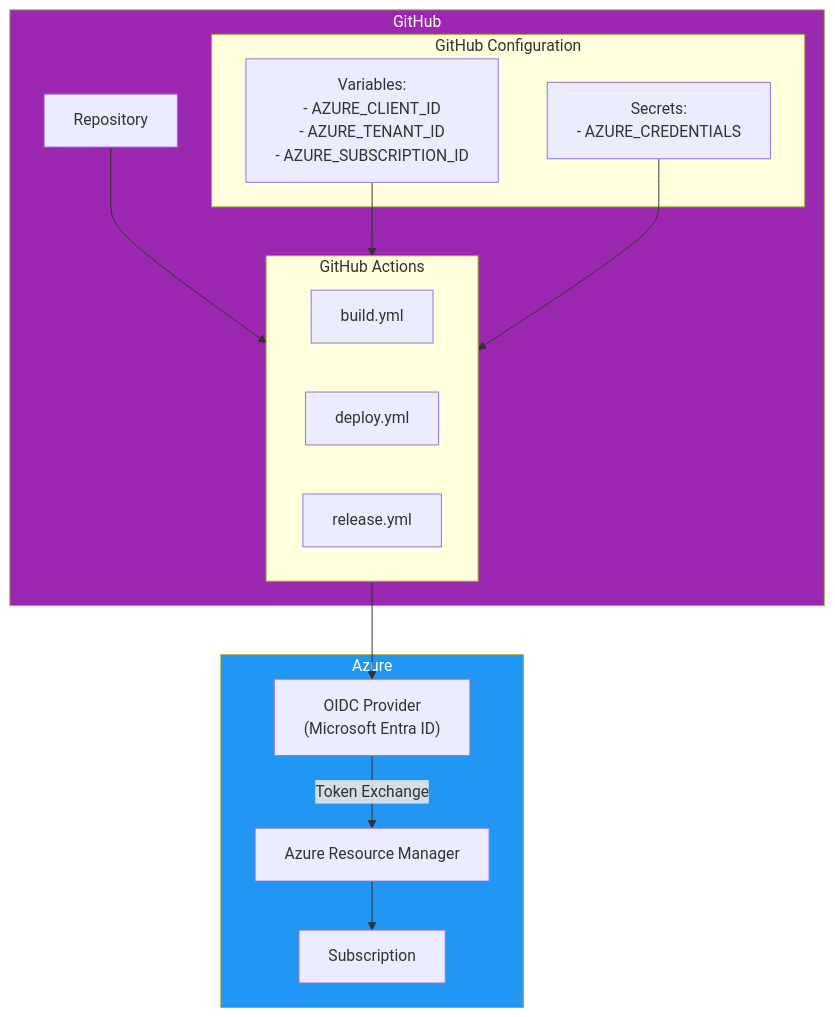
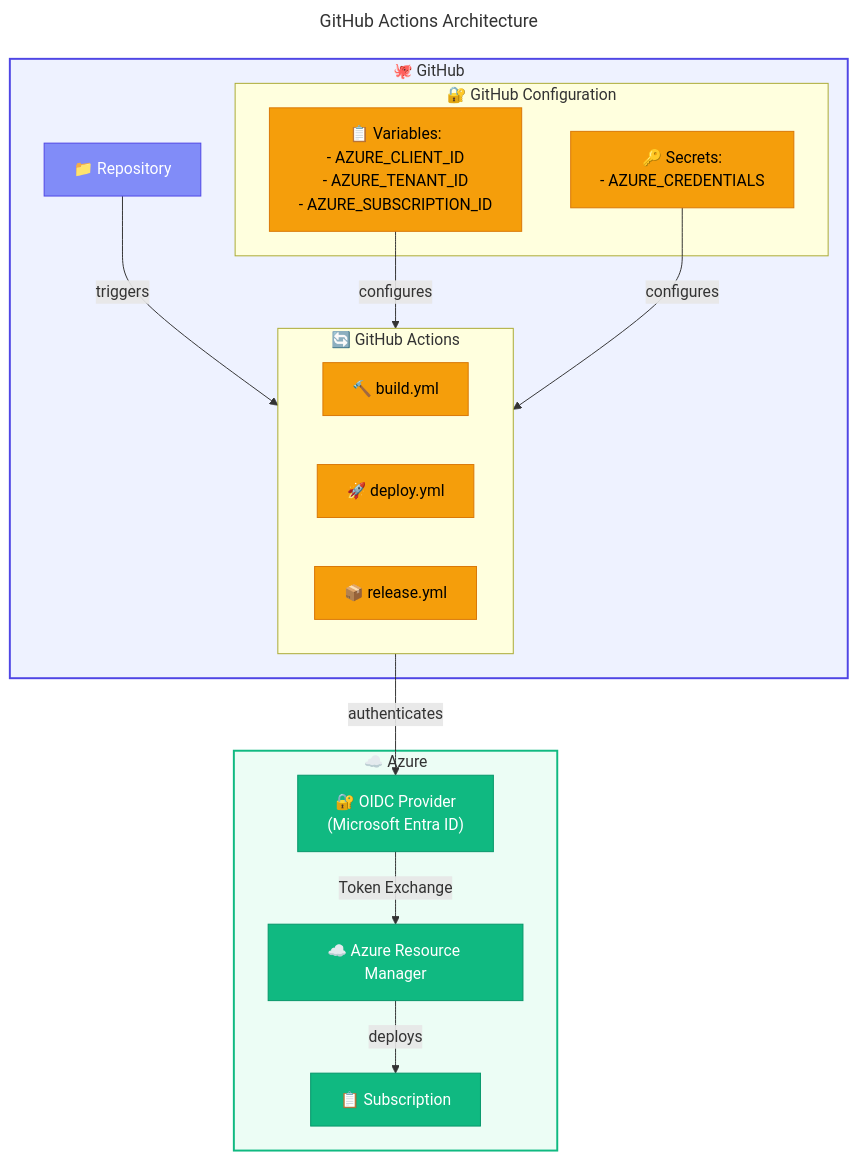
Before and after one commit to Evilazaro/DevExp-DevBox: the seventh of 9 diagrams in docs/architecture/04-technology-architecture.md, drawn with Mermaid. The commit also changed other lines of this file, not shown here.

Commit message:
Enhance documentation for GitHub Actions and Log Analytics architecture by adding emojis, improving diagram styles, and refining connections for better clarity and navigation.

````diff
--- a/docs/architecture/04-technology-architecture.md
+++ b/docs/architecture/04-technology-architecture.md
@@ -590,34 +590,53 @@
 ```mermaid
+---
+title: GitHub Actions Architecture
+---
 flowchart TB
-    subgraph GitHub["GitHub"]
-        REPO["Repository"]
+    %% ===== GITHUB =====
+    subgraph GitHub["🐙 GitHub"]
+        REPO["📁 Repository"]
         
-        subgraph Actions["GitHub Actions"]
-            WF_BUILD["build.yml"]
-            WF_DEPLOY["deploy.yml"]
-            WF_RELEASE["release.yml"]
+        %% ===== ACTIONS =====
+        subgraph Actions["🔄 GitHub Actions"]
+            WF_BUILD["🔨 build.yml"]
+            WF_DEPLOY["🚀 deploy.yml"]
+            WF_RELEASE["📦 release.yml"]
         end
         
-        subgraph Secrets["GitHub Configuration"]
-            VARS["Variables:\n- AZURE_CLIENT_ID\n- AZURE_TENANT_ID\n- AZURE_SUBSCRIPTION_ID"]
-            SECS["Secrets:\n- AZURE_CREDENTIALS"]
+        %% ===== SECRETS =====
+        subgraph Secrets["🔐 GitHub Configuration"]
+            VARS["📋 Variables:<br/>- AZURE_CLIENT_ID<br/>- AZURE_TENANT_ID<br/>- AZURE_SUBSCRIPTION_ID"]
+            SECS["🔑 Secrets:<br/>- AZURE_CREDENTIALS"]
         end
     end
     
-    subgraph Azure["Azure"]
-        OIDC["OIDC Provider\n(Microsoft Entra ID)"]
-        ARM["Azure Resource Manager"]
-        SUB["Subscription"]
+    %% ===== AZURE =====
+    subgraph Azure["☁️ Azure"]
+        OIDC["🔐 OIDC Provider<br/>(Microsoft Entra ID)"]
+        ARM["☁️ Azure Resource Manager"]
+        SUB["📋 Subscription"]
     end
     
-    REPO --> Actions
-    Actions --> OIDC
-    OIDC -->|"Token Exchange"| ARM
-    ARM --> SUB
+    %% ===== CONNECTIONS =====
+    REPO -->|triggers| Actions
+    Actions -->|authenticates| OIDC
+    OIDC -->|Token Exchange| ARM
+    ARM -->|deploys| SUB
     
-    VARS --> Actions
-    SECS --> Actions
+    VARS -->|configures| Actions
+    SECS -->|configures| Actions
     
-    style GitHub fill:#9C27B0,color:#fff
-    style Azure fill:#2196F3,color:#fff
+    %% ===== STYLES =====
+    classDef trigger fill:#818CF8,stroke:#4F46E5,color:#FFFFFF
+    classDef primary fill:#4F46E5,stroke:#3730A3,color:#FFFFFF
+    classDef datastore fill:#F59E0B,stroke:#D97706,color:#000000
+    classDef secondary fill:#10B981,stroke:#059669,color:#FFFFFF
+    
+    class REPO trigger
+    class WF_BUILD,WF_DEPLOY,WF_RELEASE datastore
+    class VARS,SECS datastore
+    class OIDC,ARM,SUB secondary
+    
+    style GitHub fill:#EEF2FF,stroke:#4F46E5,stroke-width:2px
+    style Azure fill:#ECFDF5,stroke:#10B981,stroke-width:2px
 ```
````
